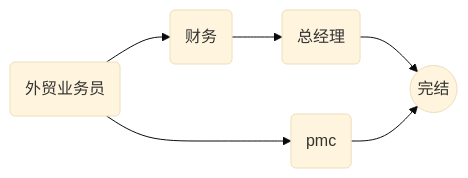
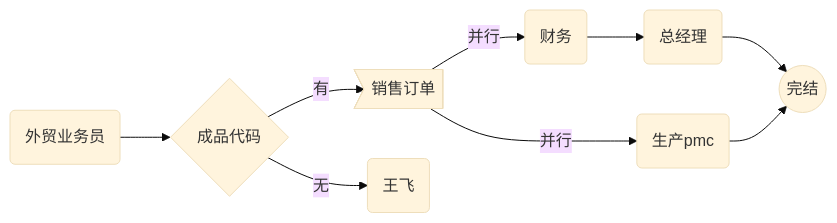
The first of 2 diagrams in src/erp/订单-评审流程流程梳理.md (jack2nb/Files), drawn with Mermaid (base theme) before and after one commit. The commit also changed other lines of this file and 1 other file, not shown here.

````diff
--- a/src/erp/订单-评审流程流程梳理.md
+++ b/src/erp/订单-评审流程流程梳理.md
@@ -23,14 +9,20 @@
 ```mermaid
 graph LR;
 
 sell(外贸业务员)
-pmc(pmc)
+pmc(生产pmc)
 acc(财务)
 ceo(总经理)
 e((完结))
-sell  --> pmc ;
-sell  -->  acc  --> ceo;
+code{成品代码}
+bill>销售订单]
+bom(王飞)
+sell -->code --有-->bill
+code --无-->bom
+bill  --并行--> pmc ;
+bill  --并行-->  acc  --> ceo;
 ceo -->e;
 pmc -->e;
 
+ 
 ```
````
